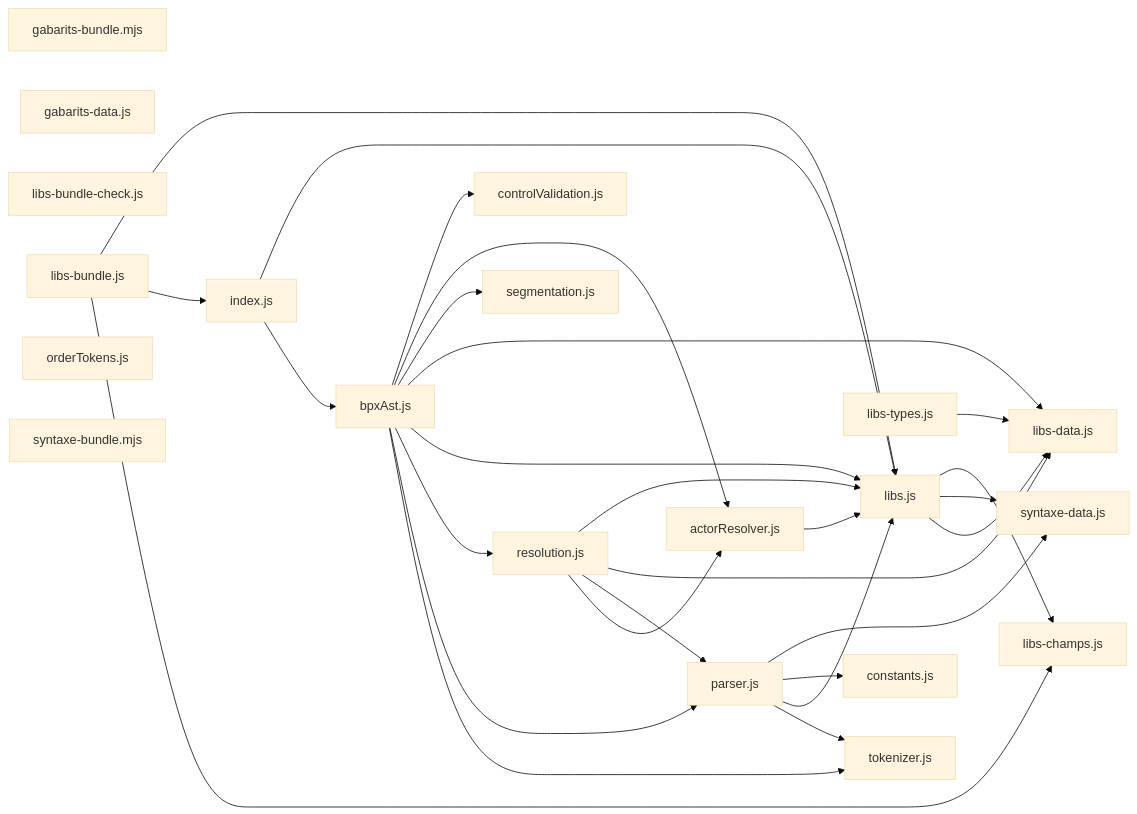
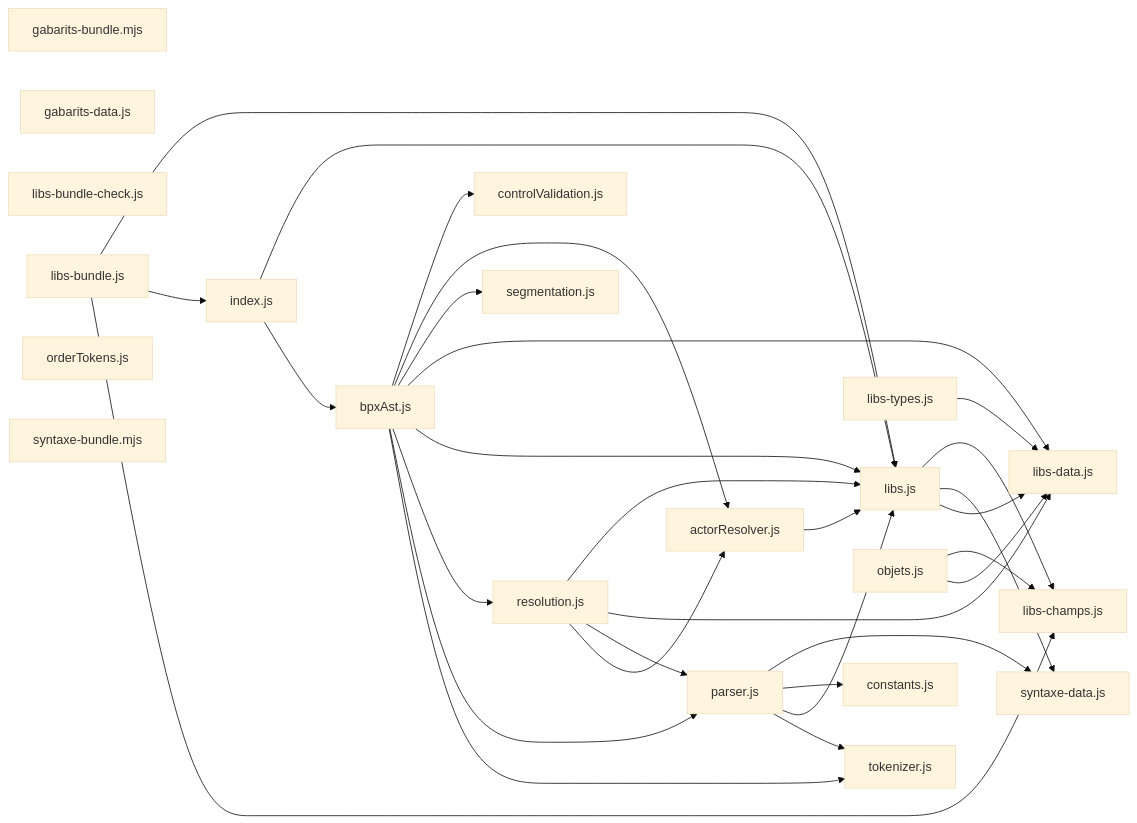
One commit to roomi-fields/BPscript changed the diagram in docs/arch/carte-reel.md. Above: the diagram before and after it, drawn with Mermaid (base theme). The commit also changed other lines of this file and 17 other files, not shown here.

````diff
--- a/docs/arch/carte-reel.md
+++ b/docs/arch/carte-reel.md
@@ -39,49 +40,52 @@
 ```mermaid
 flowchart LR
   actorResolver_js["actorResolver.js"]
   bpxAst_js["bpxAst.js"]
   constants_js["constants.js"]
   controlValidation_js["controlValidation.js"]
   gabarits_bundle_mjs["gabarits-bundle.mjs"]
   gabarits_data_js["gabarits-data.js"]
   index_js["index.js"]
   libs_bundle_check_js["libs-bundle-check.js"]
   libs_bundle_js["libs-bundle.js"]
   libs_champs_js["libs-champs.js"]
   libs_data_js["libs-data.js"]
   libs_types_js["libs-types.js"]
   libs_js["libs.js"]
+  objets_js["objets.js"]
   orderTokens_js["orderTokens.js"]
   parser_js["parser.js"]
   resolution_js["resolution.js"]
   segmentation_js["segmentation.js"]
   syntaxe_bundle_mjs["syntaxe-bundle.mjs"]
   syntaxe_data_js["syntaxe-data.js"]
   tokenizer_js["tokenizer.js"]
   actorResolver_js --> libs_js
   bpxAst_js --> tokenizer_js
   bpxAst_js --> parser_js
   bpxAst_js --> resolution_js
   bpxAst_js --> libs_js
   bpxAst_js --> libs_data_js
   bpxAst_js --> segmentation_js
   bpxAst_js --> actorResolver_js
   bpxAst_js --> controlValidation_js
   index_js --> bpxAst_js
   index_js --> libs_js
   libs_bundle_js --> libs_champs_js
   libs_bundle_js --> index_js
   libs_bundle_js --> libs_js
   libs_types_js --> libs_data_js
   libs_js --> libs_data_js
   libs_js --> syntaxe_data_js
   libs_js --> libs_champs_js
+  objets_js --> libs_data_js
+  objets_js --> libs_champs_js
   parser_js --> tokenizer_js
   parser_js --> libs_js
   parser_js --> constants_js
   parser_js --> syntaxe_data_js
   resolution_js --> actorResolver_js
   resolution_js --> parser_js
   resolution_js --> libs_data_js
   resolution_js --> libs_js
 ```
````
